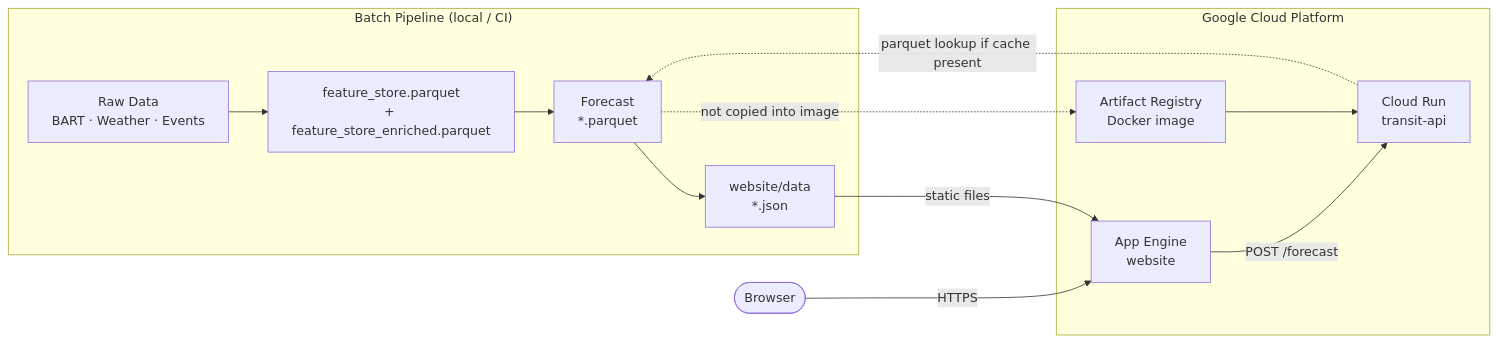
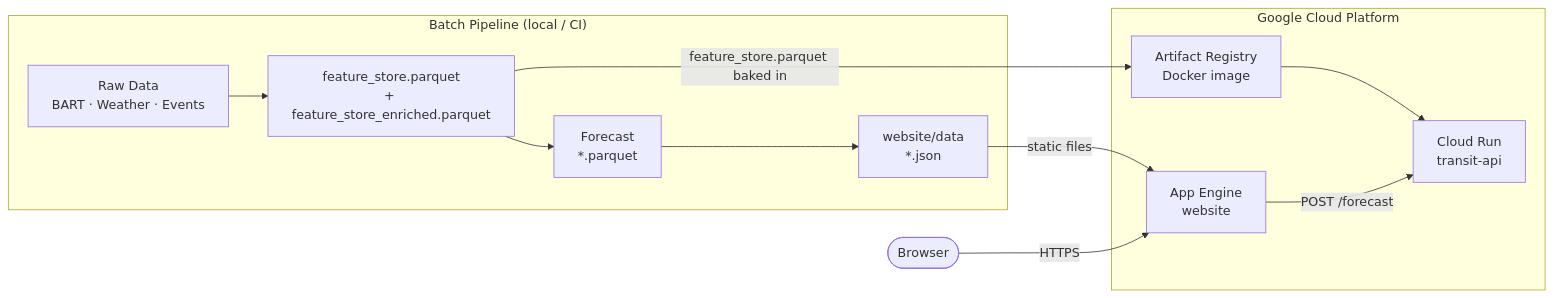
One commit to Dhruv-cs50/transit-demand-forecasting changed the diagram in README.md. Above: the diagram before and after it, drawn with Mermaid. The commit also changed other lines of this file and 4 other files, not shown here.

````diff
--- a/README.md
+++ b/README.md
@@ -281,23 +290,22 @@
 ```mermaid
 flowchart LR
     subgraph Pipeline["Batch Pipeline (local / CI)"]
         RAW[Raw Data\nBART · Weather · Events]
         FS[feature_store.parquet\n+ feature_store_enriched.parquet]
         FC[Forecast\n*.parquet]
         JSON[website/data\n*.json]
         RAW --> FS --> FC --> JSON
     end
 
     subgraph GCP["Google Cloud Platform"]
         AR[Artifact Registry\nDocker image]
         CR[Cloud Run\ntransit-api]
         GAE[App Engine\nwebsite]
-        FC -.->|not copied into image| AR
+        FS -->|feature_store.parquet baked in| AR
         AR --> CR
         JSON -->|static files| GAE
     end
 
     USER([Browser]) -->|HTTPS| GAE
     GAE -->|POST /forecast| CR
-    CR -.->|parquet lookup if cache present| FC
 ```
````
